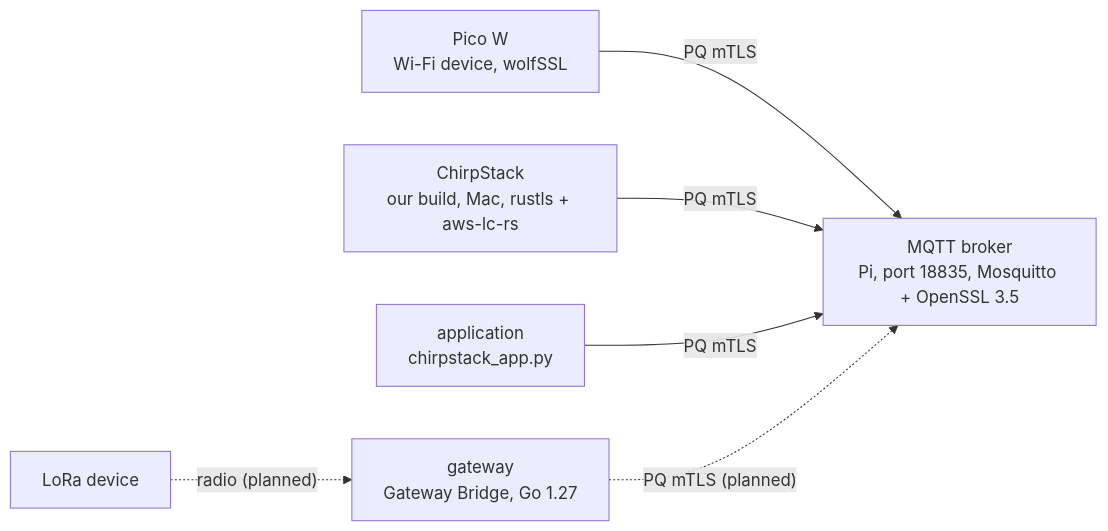
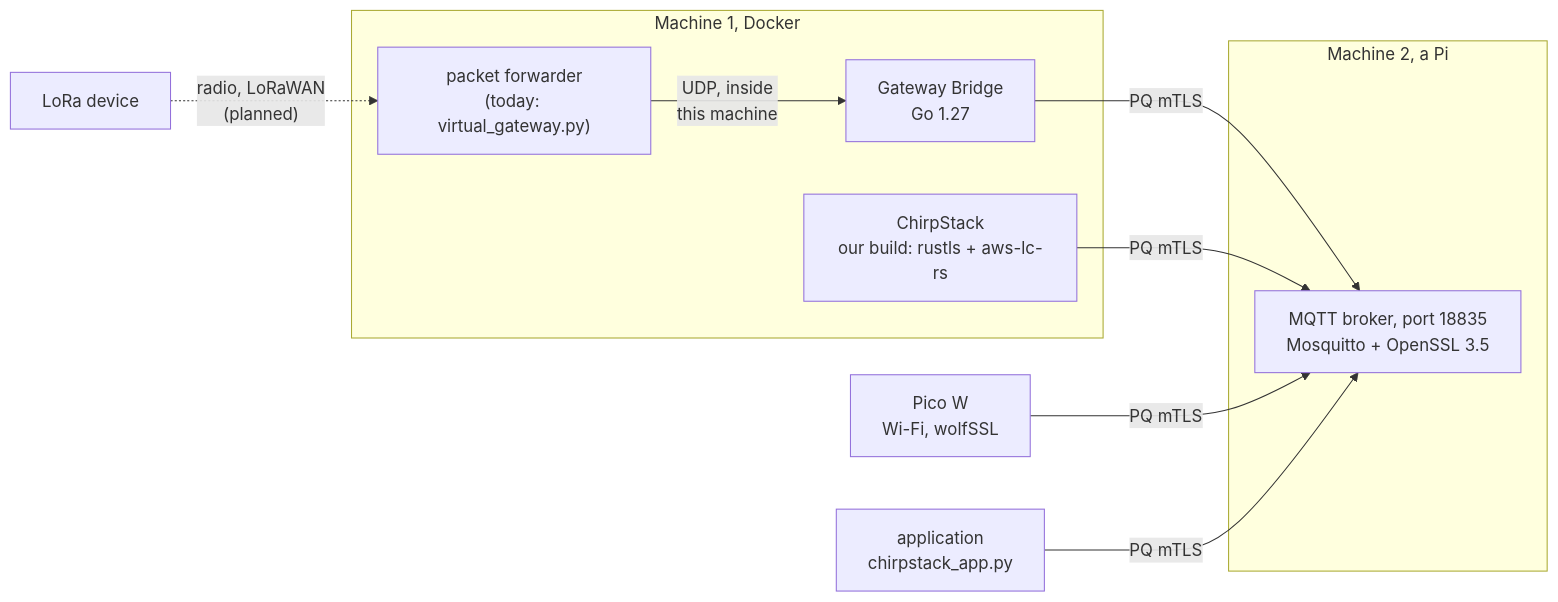
One commit to cthyuiii/PQ_MQTT_mTLS_for_IoT_LoRa changed the first of 3 diagrams in learn/05-our-system.md. Above: the diagram before and after it, drawn with Mermaid. The commit also changed other lines of this file and 9 other files, not shown here.

Commit message:
Onboarding: everything inside the container (any OS), no Mac references; diagrams in every lab; lab 3's diagram and lab 4's broker restart fixed; lab 5 on the one-broker architecture

````diff
--- a/learn/05-our-system.md
+++ b/learn/05-our-system.md
@@ -5,8 +5,15 @@
 ```mermaid
 flowchart LR
-    pico["Pico W<br/>Wi-Fi device, wolfSSL"] -- "PQ mTLS" --> broker["MQTT broker<br/>Pi, port 18835, Mosquitto + OpenSSL 3.5"]
-    cs["ChirpStack<br/>our build, Mac, rustls + aws-lc-rs"] -- "PQ mTLS" --> broker
+    lora["LoRa device"] -. "radio, LoRaWAN<br/>(planned)" .-> pf
+    subgraph m1["Machine 1, Docker"]
+        pf["packet forwarder<br/>(today: virtual_gateway.py)"] -- "UDP, inside<br/>this machine" --> gwb["Gateway Bridge<br/>Go 1.27"]
+        cs["ChirpStack<br/>our build: rustls + aws-lc-rs"]
+    end
+    subgraph m2["Machine 2, a Pi"]
+        broker["MQTT broker, port 18835<br/>Mosquitto + OpenSSL 3.5"]
+    end
+    gwb -- "PQ mTLS" --> broker
+    cs -- "PQ mTLS" --> broker
+    pico["Pico W<br/>Wi-Fi, wolfSSL"] -- "PQ mTLS" --> broker
     app["application<br/>chirpstack_app.py"] -- "PQ mTLS" --> broker
-    lora["LoRa device"] -. "radio (planned)" .-> gw["gateway<br/>Gateway Bridge, Go 1.27"]
-    gw -. "PQ mTLS (planned)" .-> broker
 ```
````
